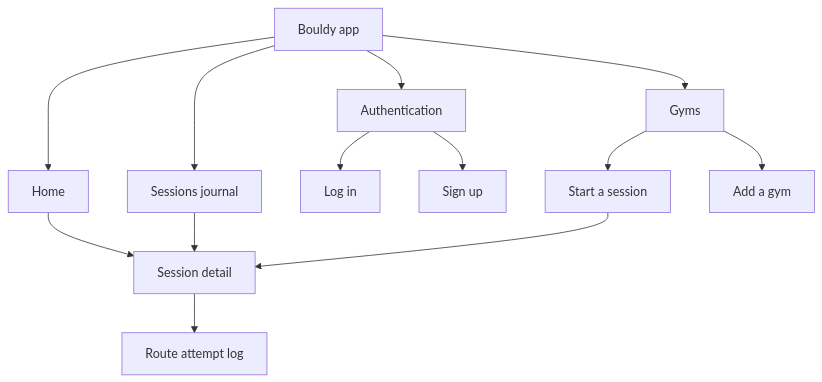
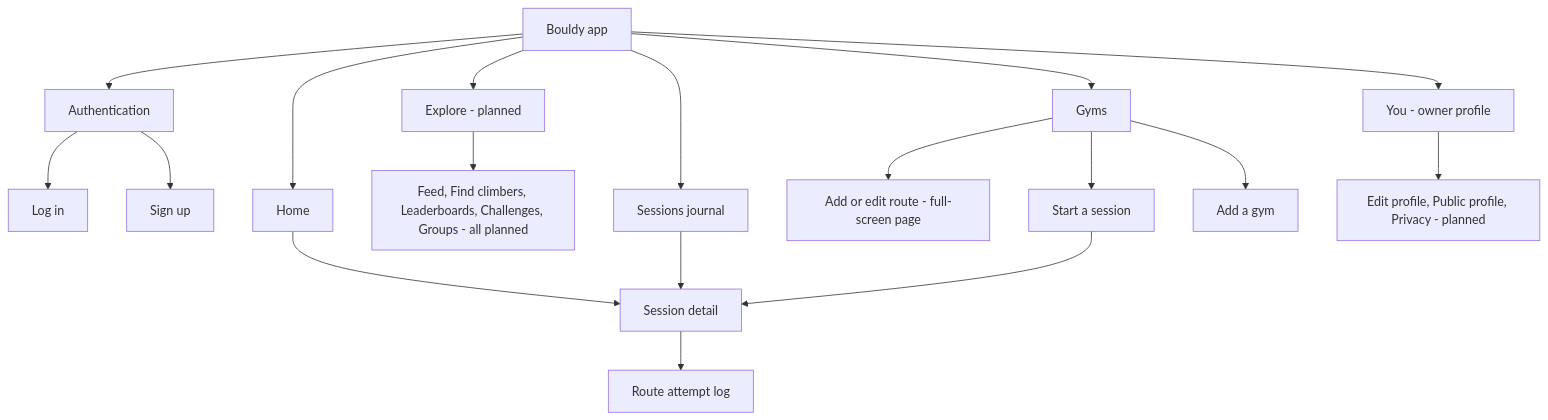
One commit to AmeerulH/bouldy changed the second of 4 diagrams in MASTER_SPEC.md. Above: the diagram before and after it, drawn with Mermaid. The commit also changed other lines of this file and 65 other files, not shown here.

First line of the commit message:
feat: journal improvements and mobile-native flows

````diff
--- a/MASTER_SPEC.md
+++ b/MASTER_SPEC.md
@@ -84,16 +85,21 @@
 ```mermaid
 flowchart TD
   App[Bouldy app]
   App --> Auth[Authentication]
   App --> Home[Home]
+  App --> Explore[Explore - planned]
   App --> Sessions[Sessions journal]
   App --> Gyms[Gyms]
+  App --> You[You - owner profile]
+  Explore --> Planned[Feed, Find climbers, Leaderboards, Challenges, Groups - all planned]
+  You --> ProfilePlanned[Edit profile, Public profile, Privacy - planned]
+  Gyms --> RouteForm[Add or edit route - full-screen page]
   Auth --> Login[Log in]
   Auth --> Signup[Sign up]
   Home --> SessionDetail[Session detail]
   Sessions --> SessionDetail
   Gyms --> Start[Start a session]
   Gyms --> AddGym[Add a gym]
   Start --> SessionDetail
   SessionDetail --> RouteLog[Route attempt log]
 ```
````
